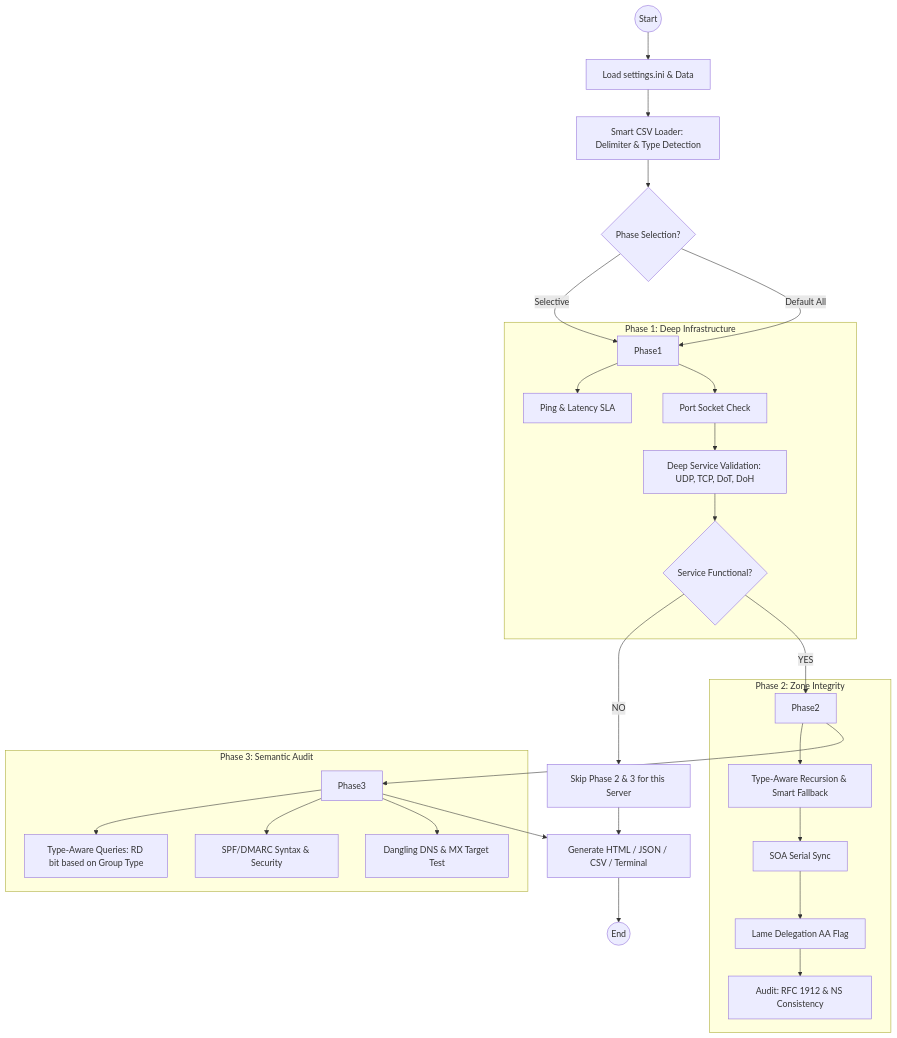
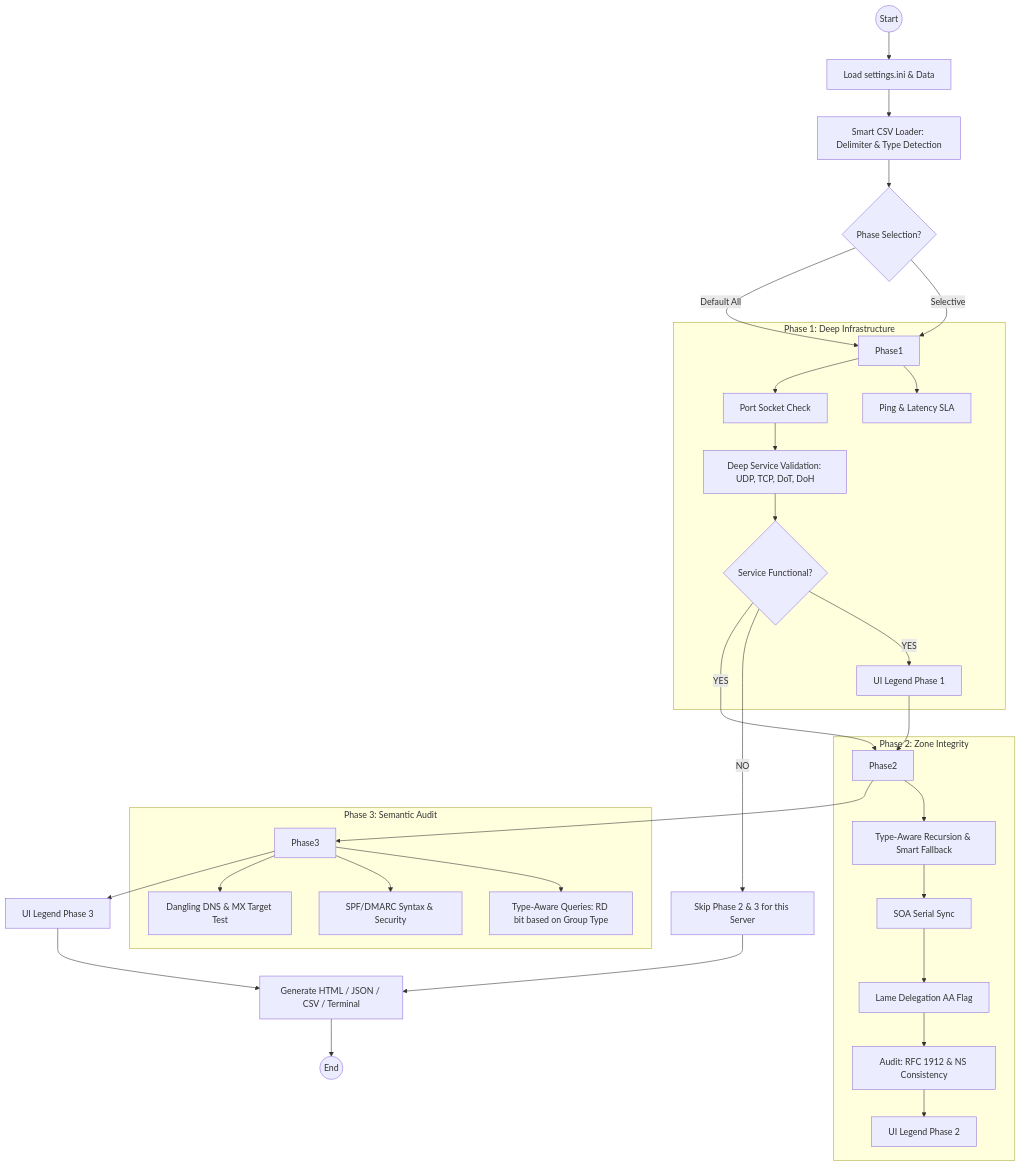
Before and after one commit to flashbsb/friendly_dns_reporter: the diagram in README.md, drawn with Mermaid. The commit also changed other lines of this file and 6 other files, not shown here.

````diff
--- a/README.md
+++ b/README.md
@@ -29,38 +30,43 @@
 ```mermaid
 graph TD
     Start((Start)) --> LoadConfig[Load settings.ini & Data]
     LoadConfig --> SmartLoad[Smart CSV Loader: Delimiter & Type Detection]
     SmartLoad --> PhaseSelect{Phase Selection?}
     
     PhaseSelect -- Selective --> Phase1
     PhaseSelect -- Default All --> Phase1
 
     subgraph "Phase 1: Deep Infrastructure"
         Phase1 --> Ping[Ping & Latency SLA]
         Phase1 --> PortCheck[Port Socket Check]
         PortCheck --> ServiceCheck[Deep Service Validation: UDP, TCP, DoT, DoH]
         ServiceCheck --> CircuitBreaker{Service Functional?}
+        CircuitBreaker -- YES --> Legend1[UI Legend Phase 1]
     end
+
+    Legend1 --> Phase2
 
     CircuitBreaker -- NO --> Skip[Skip Phase 2 & 3 for this Server]
     CircuitBreaker -- YES --> Phase2
 
     subgraph "Phase 2: Zone Integrity"
         Phase2 --> Recursion[Type-Aware Recursion & Smart Fallback]
         Recursion --> Sync[SOA Serial Sync]
         Sync --> AA[Lame Delegation AA Flag]
         AA --> Advanced[Audit: RFC 1912 & NS Consistency]
+        Advanced --> Legend2[UI Legend Phase 2]
     end
 
     Phase2 --> Phase3
 
     subgraph "Phase 3: Semantic Audit"
         Phase3 --> Parallel[Type-Aware Queries: RD bit based on Group Type]
         Phase3 --> Semantic[SPF/DMARC Syntax & Security]
         Phase3 --> Chain[Dangling DNS & MX Target Test]
     end
 
-    Phase3 --> Reports[Generate HTML / JSON / CSV / Terminal]
+    Phase3 --> Legend3[UI Legend Phase 3]
+    Legend3 --> Reports[Generate HTML / JSON / CSV / Terminal]
     Reports --> End((End))
     Skip --> Reports
 ```
````
